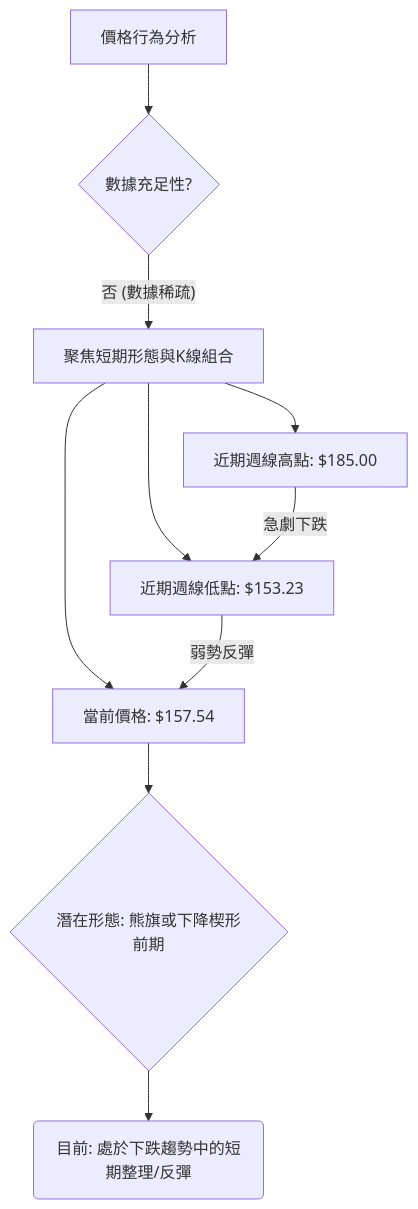
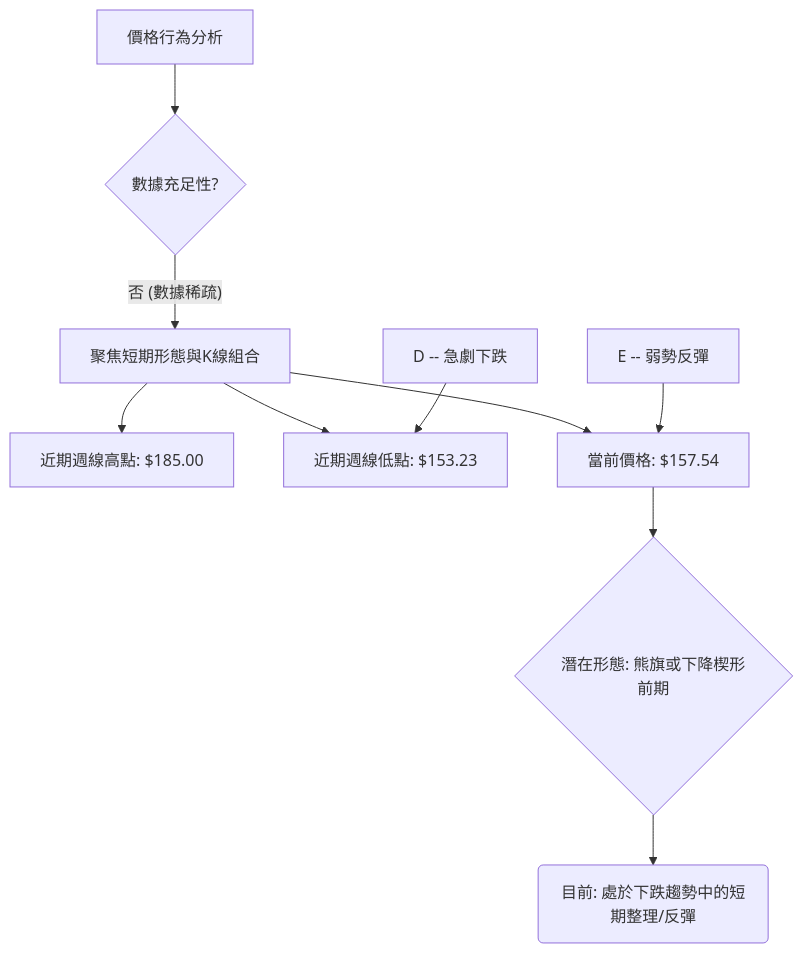
One commit to yennanliu/finance_data changed the fourth of 11 diagrams in ai_gen_report/stock/spcx/technical_analysis_2026-07-02_gemini.md. Above: the diagram before and after it, drawn with Mermaid. The commit also changed other lines of this file and 2258 other files, not shown here.

First line of the commit message:
chore: backfill Mermaid syntax repair across existing reports

````diff
--- a/ai_gen_report/stock/spcx/technical_analysis_2026-07-02_gemini.md
+++ b/ai_gen_report/stock/spcx/technical_analysis_2026-07-02_gemini.md
@@ -213,12 +213,12 @@
 ```mermaid
 graph TD
-    A[價格行為分析] --> B{數據充足性?}
-    B -- 否 (數據稀疏) --> C[聚焦短期形態與K線組合]
-    C --> D[近期週線高點: $185.00]
-    C --> E[近期週線低點: $153.23]
-    C --> F[當前價格: $157.54]
-    D -- 急劇下跌 --> E
-    E -- 弱勢反彈 --> F
-    F --> G{潛在形態: 熊旗或下降楔形前期}
-    G --> H(目前: 處於下跌趨勢中的短期整理/反彈)
+    A["價格行為分析"] --> B{"數據充足性?"}
+    B -- 否 (數據稀疏) --> C["聚焦短期形態與K線組合"]
+    C --> D["近期週線高點: $185.00"]
+    C --> E["近期週線低點: $153.23"]
+    C --> F["當前價格: $157.54"]
+    nb1["D -- 急劇下跌"] --> E
+    nb2["E -- 弱勢反彈"] --> F
+    F --> G{"潛在形態: 熊旗或下降楔形前期"}
+    G --> H("目前: 處於下跌趨勢中的短期整理/反彈")
 ```
````
